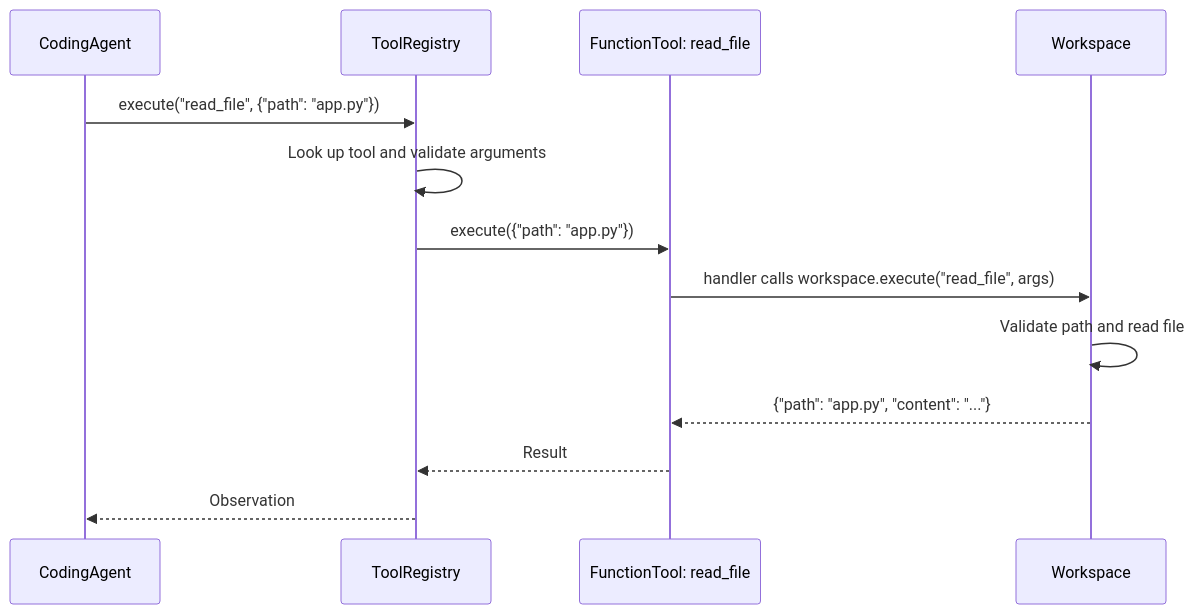
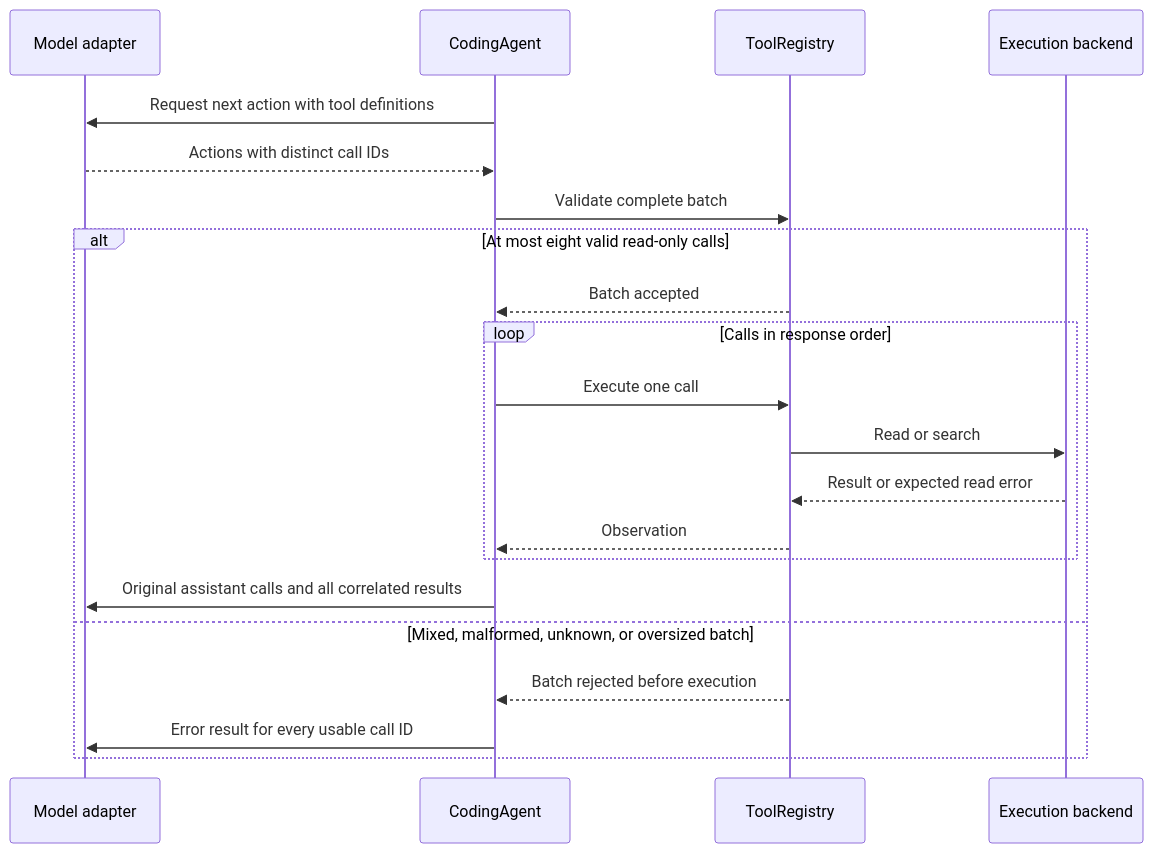
The second of 2 diagrams in docs/architecture.md (jl681/mini_coding_agent), drawn with Mermaid before and after one commit. The commit also changed other lines of this file and 7 other files, not shown here.

Commit message:
Reorganize usage guides and update architecture documentation

````diff
--- a/docs/architecture.md
+++ b/docs/architecture.md
@@ -51,16 +148,24 @@
 ```mermaid
 sequenceDiagram
+    participant M as Model adapter
     participant A as CodingAgent
     participant R as ToolRegistry
-    participant T as FunctionTool: read_file
-    participant W as Workspace
+    participant W as Execution backend
 
-    A->>R: execute("read_file", {"path": "app.py"})
-    R->>R: Look up tool and validate arguments
-    R->>T: execute({"path": "app.py"})
-    T->>W: handler calls workspace.execute("read_file", args)
-    W->>W: Validate path and read file
-    W-->>T: {"path": "app.py", "content": "..."}
-    T-->>R: Result
-    R-->>A: Observation
+    A->>M: Request next action with tool definitions
+    M-->>A: Actions with distinct call IDs
+    A->>R: Validate complete batch
+    alt At most eight valid read-only calls
+        R-->>A: Batch accepted
+        loop Calls in response order
+            A->>R: Execute one call
+            R->>W: Read or search
+            W-->>R: Result or expected read error
+            R-->>A: Observation
+        end
+        A->>M: Original assistant calls and all correlated results
+    else Mixed, malformed, unknown, or oversized batch
+        R-->>A: Batch rejected before execution
+        A->>M: Error result for every usable call ID
+    end
 ```
````
